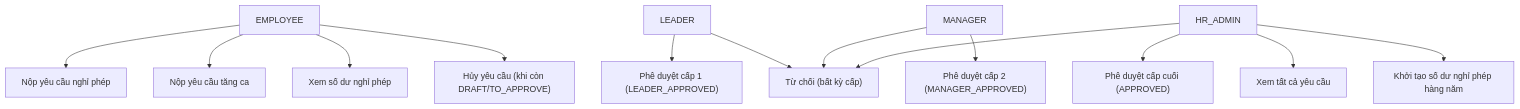
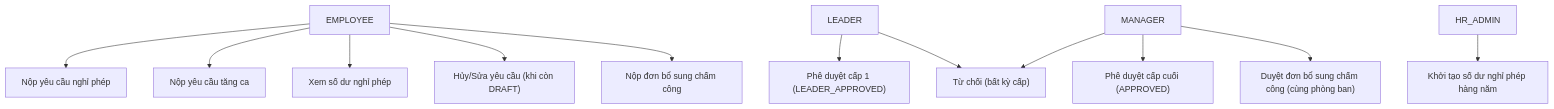
One commit to NBachTH/HRMS changed the fourth of 19 diagrams in docs/DATN_20204812_NguyenThanhBach/DATN_20204812_NguyenThanhBach.md. Above: the diagram before and after it, drawn with Mermaid. The commit also changed other lines of this file and 88 other files, not shown here.

Commit message:
fix Contract, Payroll Run flow

````diff
--- a/docs/DATN_20204812_NguyenThanhBach/DATN_20204812_NguyenThanhBach.md
+++ b/docs/DATN_20204812_NguyenThanhBach/DATN_20204812_NguyenThanhBach.md
@@ -259,15 +260,14 @@
 ```mermaid
 graph TD
     EMP["EMPLOYEE"] --> A["Nộp yêu cầu nghỉ phép"]
     EMP --> B["Nộp yêu cầu tăng ca"]
     EMP --> C["Xem số dư nghỉ phép"]
-    EMP --> D["Hủy yêu cầu (khi còn DRAFT/TO_APPROVE)"]
+    EMP --> D["Hủy/Sửa yêu cầu (khi còn DRAFT)"]
+    EMP --> K["Nộp đơn bổ sung chấm công"]
     LEAD["LEADER"] --> E["Phê duyệt cấp 1 (LEADER_APPROVED)"]
     LEAD --> F["Từ chối (bất kỳ cấp)"]
-    MGR["MANAGER"] --> G["Phê duyệt cấp 2 (MANAGER_APPROVED)"]
+    MGR["MANAGER"] --> G["Phê duyệt cấp cuối (APPROVED)"]
     MGR --> F
-    HR["HR_ADMIN"] --> H["Phê duyệt cấp cuối (APPROVED)"]
-    HR --> F
-    HR --> I["Xem tất cả yêu cầu"]
-    HR --> J["Khởi tạo số dư nghỉ phép hàng năm"]
+    MGR --> L["Duyệt đơn bổ sung chấm công (cùng phòng ban)"]
+    HR["HR_ADMIN"] --> J["Khởi tạo số dư nghỉ phép hàng năm"]
 ```
````
